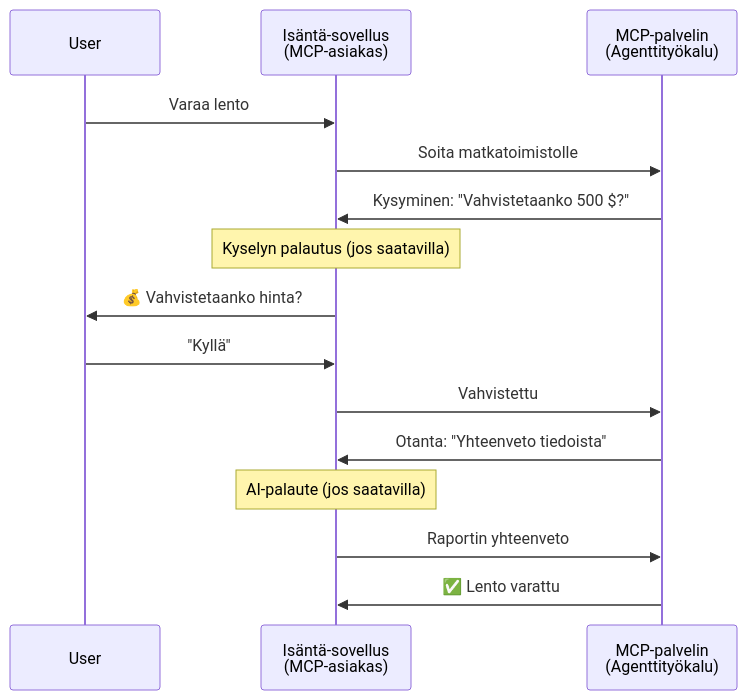
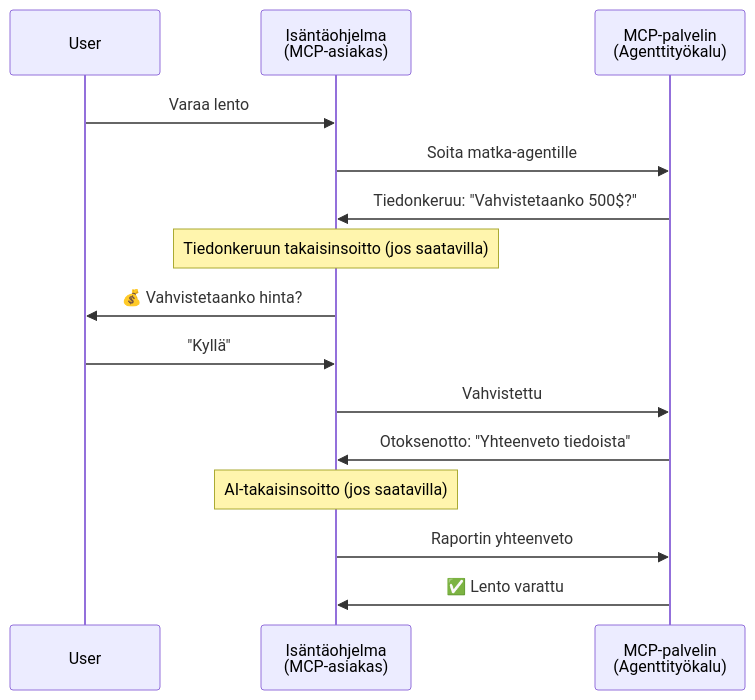
The fourth of 5 diagrams in mirrors/repos/microsoft@ai-agents-for-beginners/translations/fi/11-agentic-protocols/code_samples/mcp-agents/README.md (gabrielmoreira/agent-skills-mirror), drawn with Mermaid before and after one commit. The commit also changed other lines of this file and 4262 other files, not shown here.

````diff
--- a/mirrors/repos/microsoft@ai-agents-for-beginners/translations/fi/11-agentic-protocols/code_samples/mcp-agents/README.md
+++ b/mirrors/repos/microsoft@ai-agents-for-beginners/translations/fi/11-agentic-protocols/code_samples/mcp-agents/README.md
@@ -163,21 +163,21 @@
 ```mermaid
 sequenceDiagram
     participant User
-    participant Host as Isäntä-sovellus<br/>(MCP-asiakas)
+    participant Host as Isäntäohjelma<br/>(MCP-asiakas)
     participant Server as MCP-palvelin<br/>(Agenttityökalu)
 
     User->>Host: Varaa lento
-    Host->>Server: Soita matkatoimistolle
+    Host->>Server: Soita matka-agentille
 
-    Server->>Host: Kysyminen: "Vahvistetaanko 500 $?"
-    Note over Host: Kyselyn palautus (jos saatavilla)
+    Server->>Host: Tiedonkeruu: "Vahvistetaanko 500$?"
+    Note over Host: Tiedonkeruun takaisinsoitto (jos saatavilla)
     Host->>User: 💰 Vahvistetaanko hinta?
     User->>Host: "Kyllä"
     Host->>Server: Vahvistettu
 
-    Server->>Host: Otanta: "Yhteenveto tiedoista"
-    Note over Host: AI-palaute (jos saatavilla)
+    Server->>Host: Otoksenotto: "Yhteenveto tiedoista"
+    Note over Host: AI-takaisinsoitto (jos saatavilla)
     Host->>Server: Raportin yhteenveto
 
     Server->>Host: ✅ Lento varattu
 ```
````
